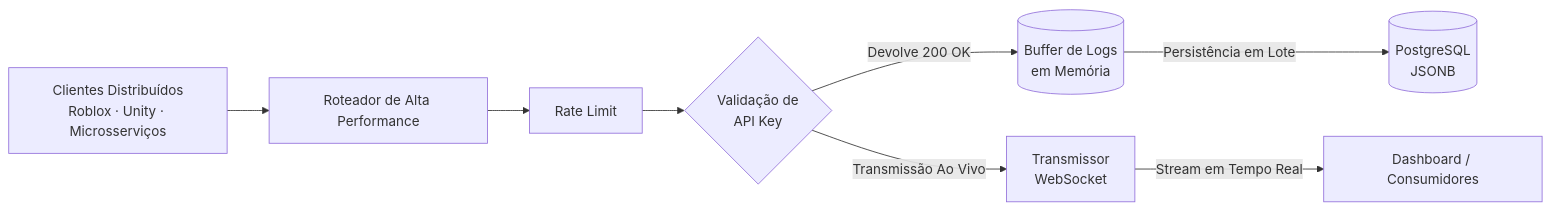
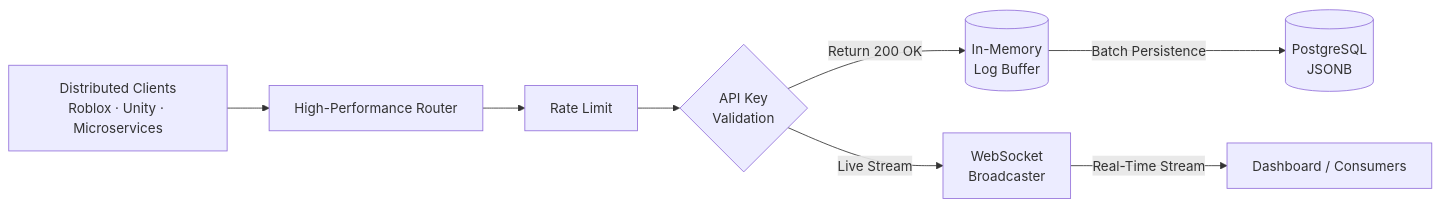
One commit to iamthebestts/UniverseLogs changed the diagram in README.md. Above: the diagram before and after it, drawn with Mermaid. The commit also changed other lines of this file and 25 other files, not shown here.

````diff
--- a/README.md
+++ b/README.md
@@ -44,31 +44,31 @@
 ```mermaid
 flowchart LR
   %% CLIENT
-  C[Clientes Distribuídos<br/>Roblox · Unity · Microsserviços]
+  C[Distributed Clients<br/>Roblox · Unity · Microservices]
 
   %% GATEWAY
-  R[Roteador de Alta Performance]
+  R[High-Performance Router]
   RL[Rate Limit]
-  AUTH{Validação de<br/>API Key}
+  AUTH{API Key<br/>Validation}
 
   %% ENGINE
-  LB[(Buffer de Logs<br/>em Memória)]
-  WS[Transmissor<br/>WebSocket]
+  LB[(In-Memory<br/>Log Buffer)]
+  WS[WebSocket<br/>Broadcaster]
 
   %% STORAGE
   DB[(PostgreSQL<br/>JSONB)]
 
   %% DASHBOARD
-  DASH[Dashboard / Consumidores]
+  DASH[Dashboard / Consumers]
 
   %% FLOW
   C --> R
   R --> RL
   RL --> AUTH
   
-  AUTH -->|Devolve 200 OK| LB
-  AUTH -->|Transmissão Ao Vivo| WS
+  AUTH -->|Return 200 OK| LB
+  AUTH -->|Live Stream| WS
   
-  LB -->|Persistência em Lote| DB
-  WS -->|Stream em Tempo Real| DASH
+  LB -->|Batch Persistence| DB
+  WS -->|Real-Time Stream| DASH
 ```
````
